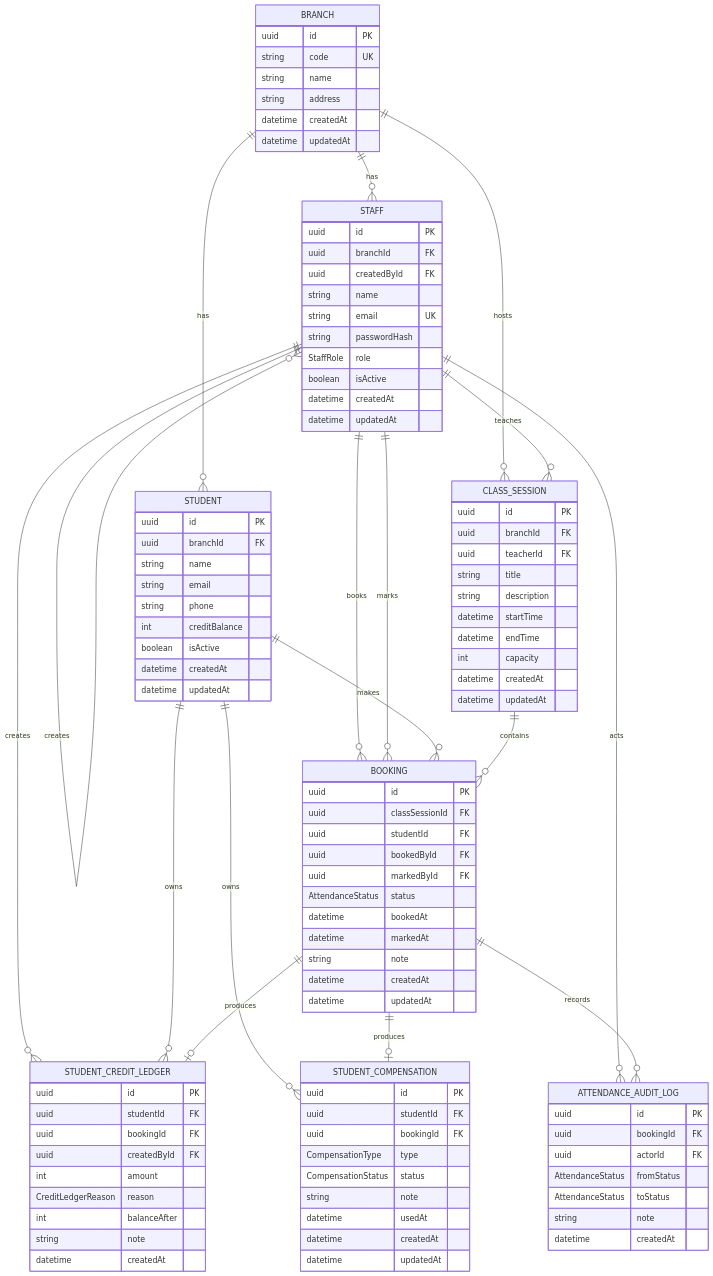
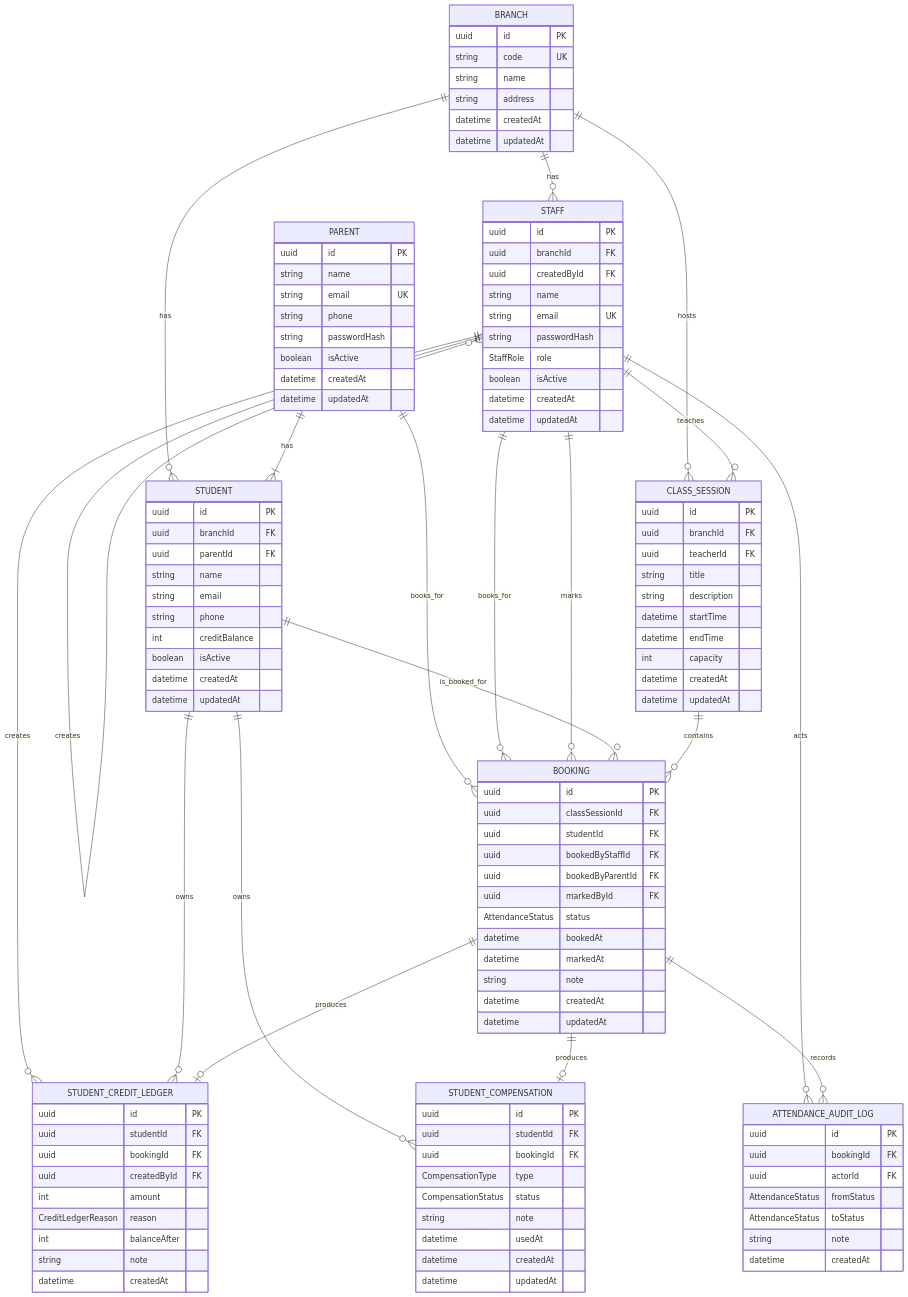
The diagram in README.md (Cchopksd/learn-coperation-assignment), drawn with Mermaid before and after one commit. The commit also changed other lines of this file and 5 other files, not shown here.

Commit message:
feat: enhance data models and JWT configuration for improved authentication and parent-student relationships

```diff
--- a/README.md
+++ b/README.md
@@ -16,14 +16,17 @@
   BRANCH ||--o{ STUDENT : has
   BRANCH ||--o{ CLASS_SESSION : hosts
 
+  PARENT ||--|{ STUDENT : has
+  PARENT ||--o{ BOOKING : books_for
+
   STAFF ||--o{ STAFF : creates
   STAFF ||--o{ CLASS_SESSION : teaches
-  STAFF ||--o{ BOOKING : books
+  STAFF ||--o{ BOOKING : books_for
   STAFF ||--o{ BOOKING : marks
   STAFF ||--o{ STUDENT_CREDIT_LEDGER : creates
   STAFF ||--o{ ATTENDANCE_AUDIT_LOG : acts
 
-  STUDENT ||--o{ BOOKING : makes
+  STUDENT ||--o{ BOOKING : is_booked_for
   STUDENT ||--o{ STUDENT_CREDIT_LEDGER : owns
   STUDENT ||--o{ STUDENT_COMPENSATION : owns
 
@@ -54,9 +57,21 @@
     datetime updatedAt
   }
 
+  PARENT {
+    uuid id PK
+    string name
+    string email UK
+    string phone
+    string passwordHash
+    boolean isActive
+    datetime createdAt
+    datetime updatedAt
+  }
+
   STUDENT {
     uuid id PK
     uuid branchId FK
+    uuid parentId FK
     string name
     string email
     string phone
@@ -83,7 +98,8 @@
     uuid id PK
     uuid classSessionId FK
     uuid studentId FK
-    uuid bookedById FK
+    uuid bookedByStaffId FK
+    uuid bookedByParentId FK
     uuid markedById FK
     AttendanceStatus status
     datetime bookedAt
```
